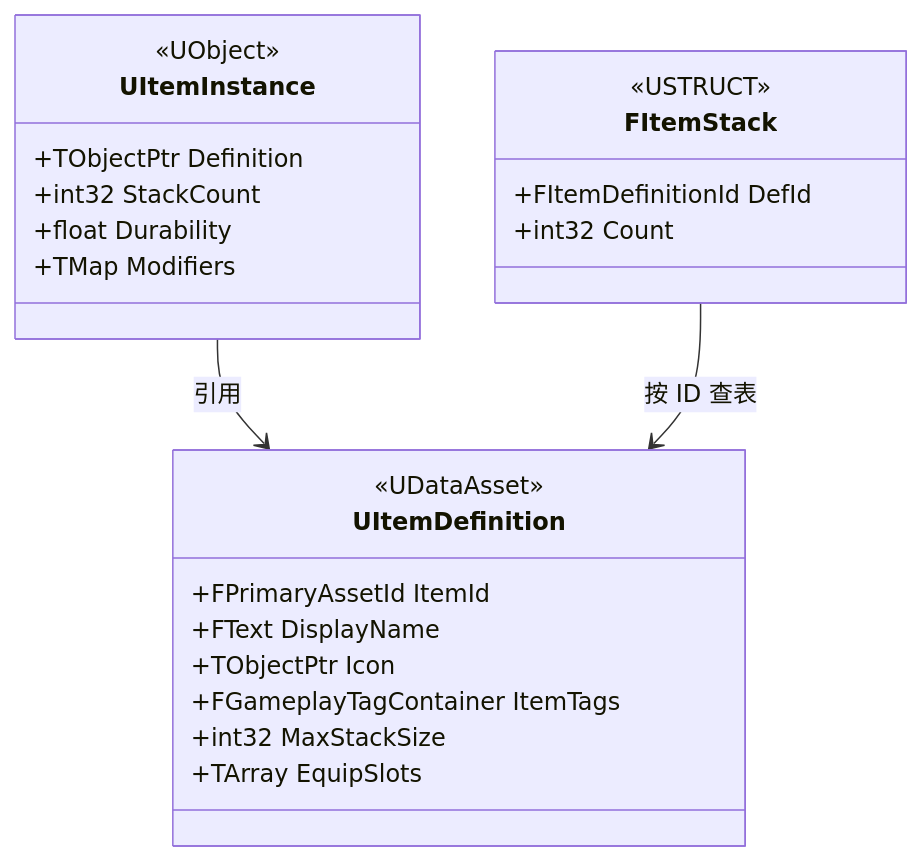
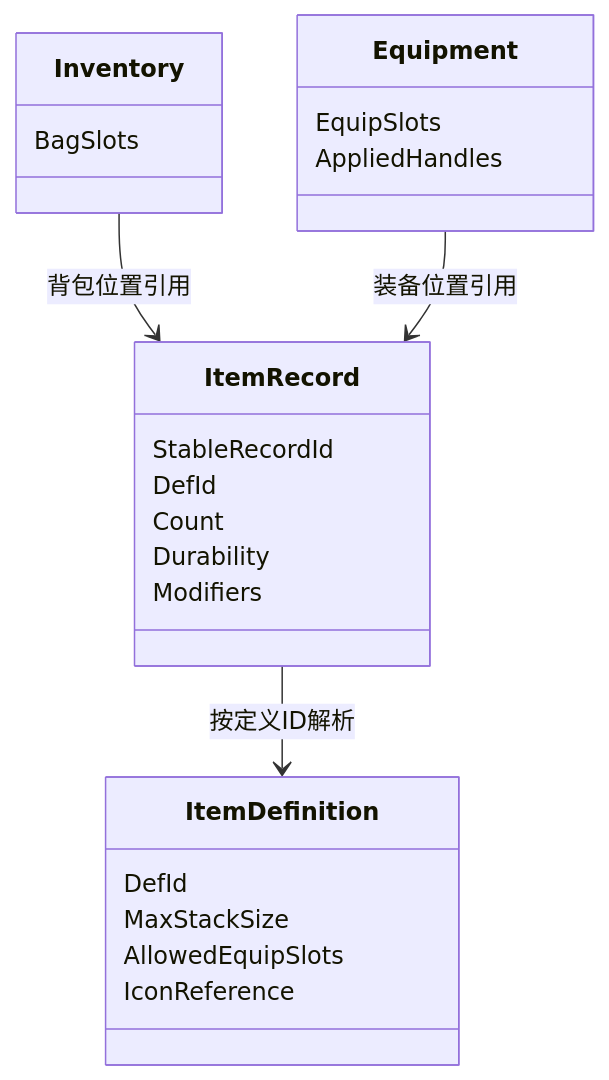
The first of 2 diagrams in 知识/05-Gameplay与交互系统/背包装备与存档/13-背包与装备系统.md (fantuan812/learning), drawn with Mermaid before and after one commit. The commit also changed other lines of this file and 2 other files, not shown here.

````diff
--- a/知识/05-Gameplay与交互系统/背包装备与存档/13-背包与装备系统.md
+++ b/知识/05-Gameplay与交互系统/背包装备与存档/13-背包与装备系统.md
@@ -50,26 +60,26 @@
 ```mermaid
 classDiagram
-    class UItemDefinition {
-        <<UDataAsset>>
-        +FPrimaryAssetId ItemId
-        +FText DisplayName
-        +TObjectPtr<UTexture2D> Icon
-        +FGameplayTagContainer ItemTags
-        +int32 MaxStackSize
-        +TArray<FName> EquipSlots
+    class ItemDefinition {
+        DefId
+        MaxStackSize
+        AllowedEquipSlots
+        IconReference
     }
-    class UItemInstance {
-        <<UObject>>
-        +TObjectPtr<UItemDefinition> Definition
-        +int32 StackCount
-        +float Durability
-        +TMap<FGameplayTag, float> Modifiers
+    class ItemRecord {
+        StableRecordId
+        DefId
+        Count
+        Durability
+        Modifiers
     }
-    class FItemStack {
-        <<USTRUCT>>
-        +FItemDefinitionId DefId
-        +int32 Count
+    class Inventory {
+        BagSlots
     }
-    UItemInstance --> UItemDefinition : 引用
-    FItemStack --> UItemDefinition : 按 ID 查表
+    class Equipment {
+        EquipSlots
+        AppliedHandles
+    }
+    ItemRecord --> ItemDefinition : 按定义ID解析
+    Inventory --> ItemRecord : 背包位置引用
+    Equipment --> ItemRecord : 装备位置引用
 ```
````
